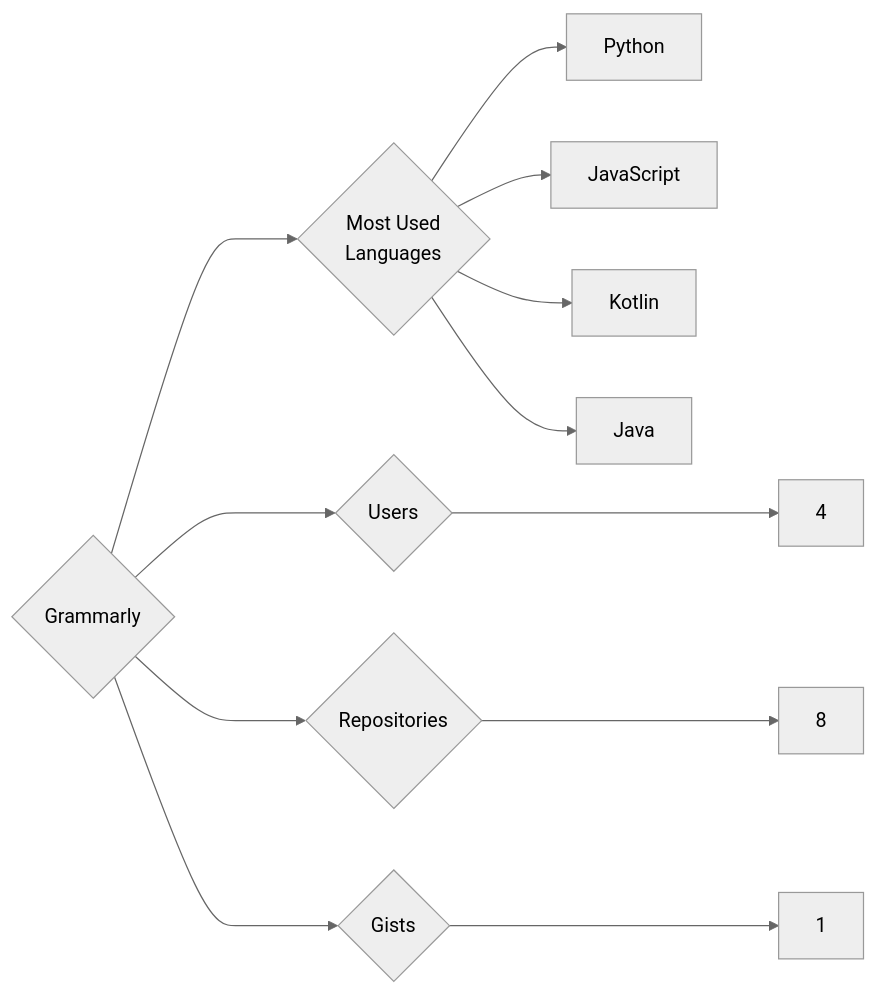
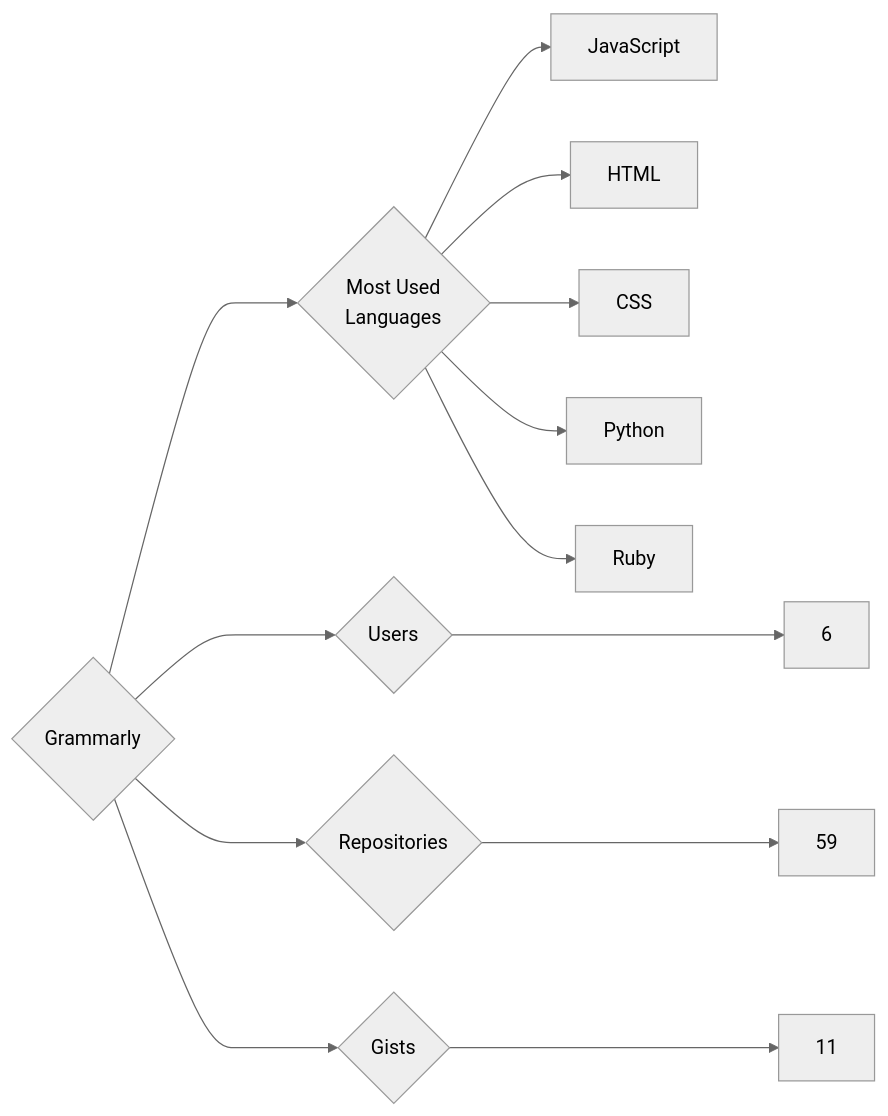
Before and after one commit to trickest/insiders: the diagram in targets/Grammarly/README.md, drawn with Mermaid (neutral theme). The commit also changed 776 other files, not shown here.

````diff
--- a/targets/Grammarly/README.md
+++ b/targets/Grammarly/README.md
@@ -3,12 +3,13 @@
 ```mermaid
 graph LR
 COMPANY_NAME{Grammarly}
-COMPANY_NAME ---> U{Users} ---> UN[4]
-COMPANY_NAME ---> R{Repositories} ---> RN[8]
-COMPANY_NAME ---> G{Gists} ---> GN[1]
+COMPANY_NAME ---> U{Users} ---> UN[6]
+COMPANY_NAME ---> R{Repositories} ---> RN[59]
+COMPANY_NAME ---> G{Gists} ---> GN[11]
 COMPANY_NAME ---> ML{Most Used<br>Languages}
+ML --> JavaScript[JavaScript]
+ML --> HTML[HTML]
+ML --> CSS[CSS]
 ML --> Python[Python]
-ML --> JavaScript[JavaScript]
-ML --> Kotlin[Kotlin]
-ML --> Java[Java]
+ML --> Ruby[Ruby]
 ```
````
